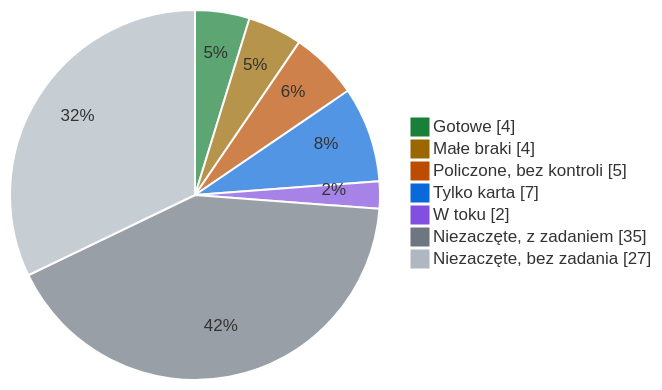
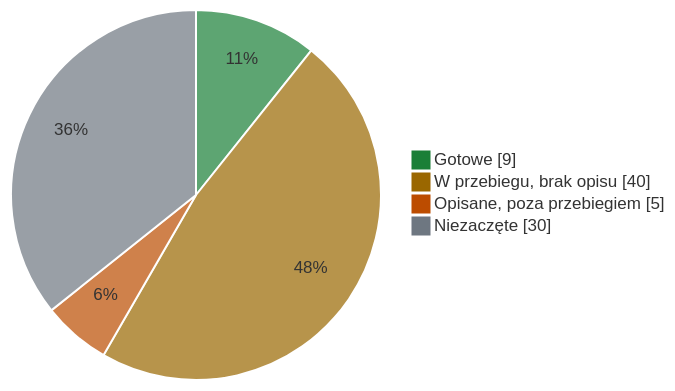
One commit to slayerlabs/benchmarks-fabryka-ai changed the diagram in research/STATUS.md. Above: the diagram before and after it, drawn with Mermaid. The commit also changed other lines of this file and 6 other files, not shown here.

````diff
--- a/research/STATUS.md
+++ b/research/STATUS.md
@@ -13,11 +14,8 @@
 ```mermaid
-%%{init: {'theme': 'base', 'themeVariables': {'pie1': '#1a7f37', 'pie2': '#9a6700', 'pie3': '#bc4c00', 'pie4': '#0969da', 'pie5': '#8250df', 'pie6': '#6e7781', 'pie7': '#afb8c1', 'pieStrokeColor': '#ffffff', 'pieOuterStrokeWidth': '0px'}}}%%
+%%{init: {'theme': 'base', 'themeVariables': {'pie1': '#1a7f37', 'pie2': '#9a6700', 'pie3': '#bc4c00', 'pie4': '#6e7781', 'pieStrokeColor': '#ffffff', 'pieOuterStrokeWidth': '0px'}}}%%
 pie showData
-    "Gotowe" : 4
-    "Małe braki" : 4
-    "Policzone, bez kontroli" : 5
-    "Tylko karta" : 7
-    "W toku" : 2
-    "Niezaczęte, z zadaniem" : 35
-    "Niezaczęte, bez zadania" : 27
+    "Gotowe" : 9
+    "W przebiegu, brak opisu" : 40
+    "Opisane, poza przebiegiem" : 5
+    "Niezaczęte" : 30
 ```
````
